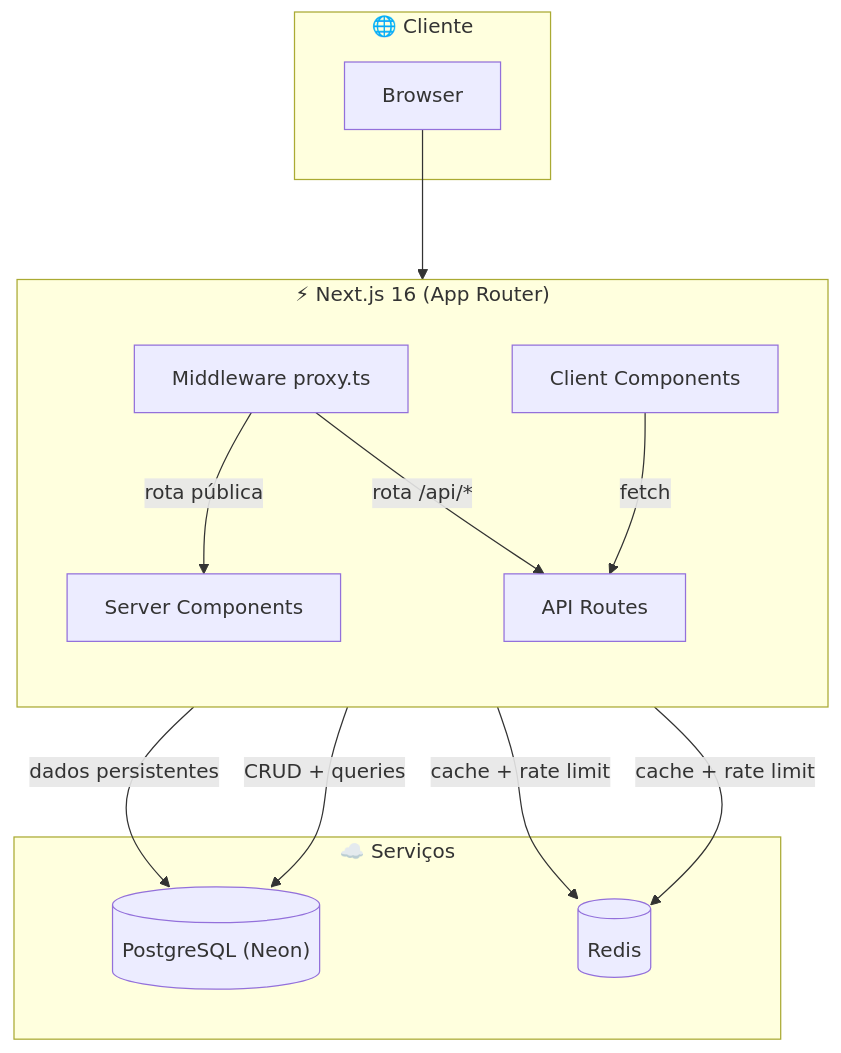
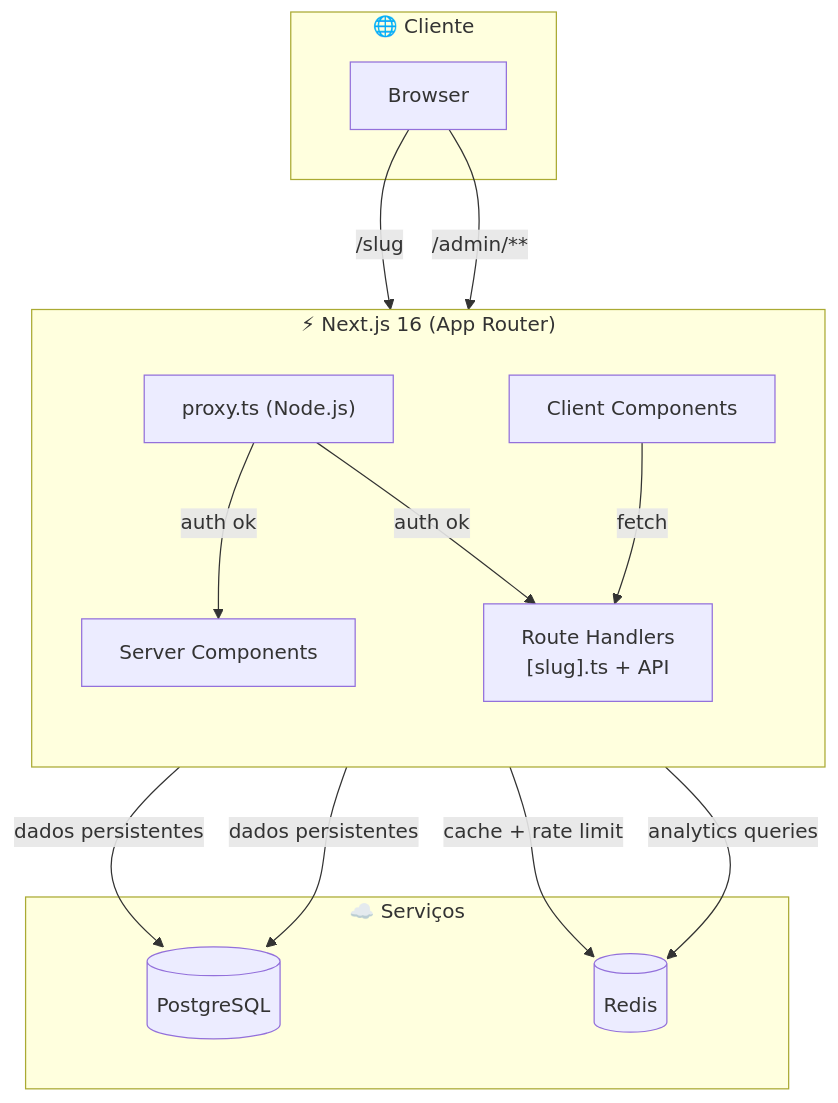
The first of 2 diagrams in docs/arquitetura.md (eduardoaugustolb/encurtador-url), drawn with Mermaid before and after one commit. The commit also changed other lines of this file and 13 other files, not shown here.

````diff
--- a/docs/arquitetura.md
+++ b/docs/arquitetura.md
@@ -5,33 +5,33 @@
 ```mermaid
 %%{init: {'flowchart': {'nodeSpacing': 60, 'rankSpacing': 80}}}%%
 graph TB
     subgraph Client["🌐 Cliente"]
         Browser["Browser"]
     end
 
     subgraph NextJS["⚡ Next.js 16 (App Router)"]
         direction TB
-        MW["Middleware proxy.ts"]
+        P["proxy.ts (Node.js)"]
+        RH["Route Handlers<br/>[slug].ts + API"]
         SC["Server Components"]
         CC["Client Components"]
-        API["API Routes"]
     end
 
     subgraph Services["☁️ Serviços"]
-        PG[("PostgreSQL (Neon)")]
+        PG[("PostgreSQL")]
         REDIS[("Redis")]
     end
 
-    Browser --> MW
+    Browser -->|"/slug"| RH
+    Browser -->|"/admin/**"| P
+    P -->|auth ok| SC
+    P -->|auth ok| RH
 
-    MW -->|rota pública| SC
-    MW -->|rota /api/*| API
+    RH -->|dados persistentes| PG
+    RH -->|cache + rate limit| REDIS
 
     SC -->|dados persistentes| PG
-    SC -->|cache + rate limit| REDIS
+    SC -->|analytics queries| REDIS
 
-    API -->|CRUD + queries| PG
-    API -->|cache + rate limit| REDIS
-
-    CC -->|fetch| API
+    CC -->|fetch| RH
 ```
````
